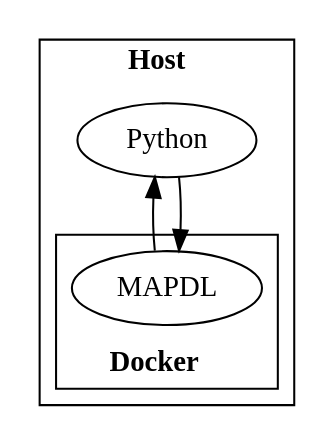
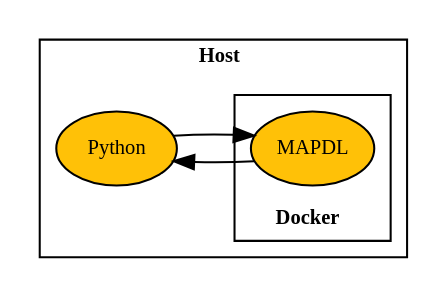
One commit to ansys/pymapdl changed the diagram in doc/source/getting_started/docker.rst. Above: the diagram before and after it, drawn with Graphviz.

Commit message:
Last try graphviz

```diff
--- a/doc/source/getting_started/docker.rst
+++ b/doc/source/getting_started/docker.rst
@@ -21,17 +21,27 @@
 .. graphviz::
    :caption: Communication between PyMAPDL and MAPDL on docker.
+   :alt: Communication between PyMAPDL and MAPDL on docker.
+   :align: center
 
    digraph "sphinx-ext-graphviz" {
-     node [];
+     size="8,6";
+     bgcolor="white"
+     rankdir="LR";
+     graph [
+       fontname="Verdana", fontsize="10", color="black",  fillcolor="white"
+     ];
+     node [
+       fontname="Verdana", fontsize="10", style="filled",  color="black", fillcolor="#ffc107"
+     ]
      subgraph cluster_frontend {
        label=< <B>Host</B> >;
        Python;
      subgraph cluster_backend {
        label=< <B>Docker</B> >;
        labelloc="b";
        MAPDL;
        }
      }
      Python -> MAPDL
      MAPDL -> Python
     }
```
